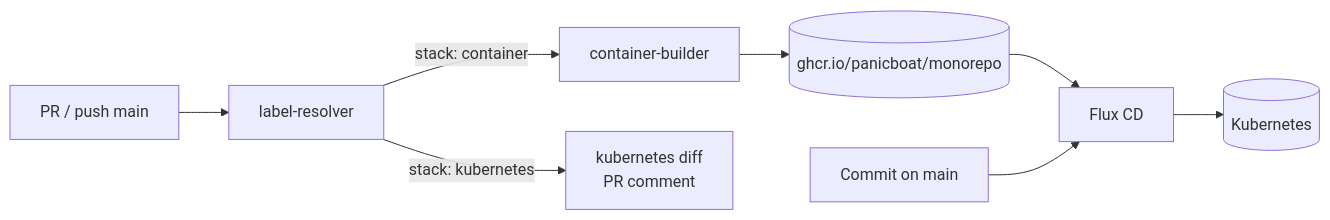
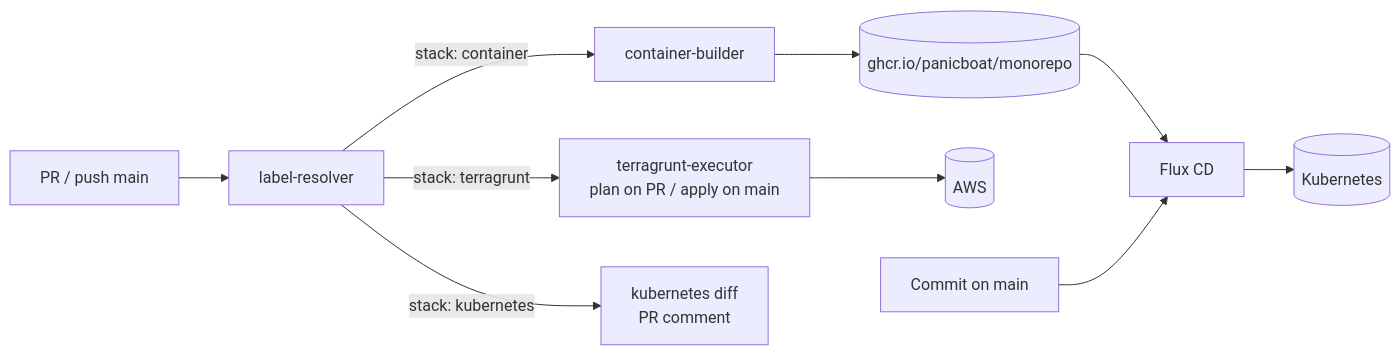
One commit to panicboat/monorepo changed the second of 2 diagrams in README-ja.md. Above: the diagram before and after it, drawn with Mermaid. The commit also changed other lines of this file and 1 other file, not shown here.

First line of the commit message:
docs: show terragrunt in the pipeline flow and link the deployment mechanics

````diff
--- a/README-ja.md
+++ b/README-ja.md
@@ -49,10 +49,12 @@
 ```mermaid
 flowchart LR
   PR[PR / push main] --> Resolver[label-resolver]
   Resolver -->|stack: container| Builder[container-builder]
+  Resolver -->|stack: terragrunt| Terragrunt[terragrunt-executor<br/>plan on PR / apply on main]
   Resolver -->|stack: kubernetes| Diff[kubernetes diff<br/>PR comment]
   Builder --> GHCR[(ghcr.io/panicboat/monorepo)]
+  Terragrunt --> AWS[(AWS)]
   GHCR --> Flux[Flux CD]
   Main[Commit on main] --> Flux
   Flux --> K8s[(Kubernetes)]
 ```
````
